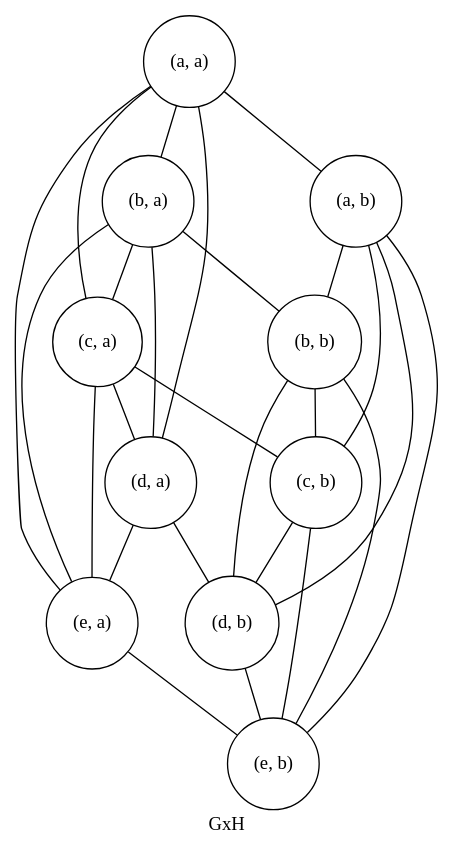
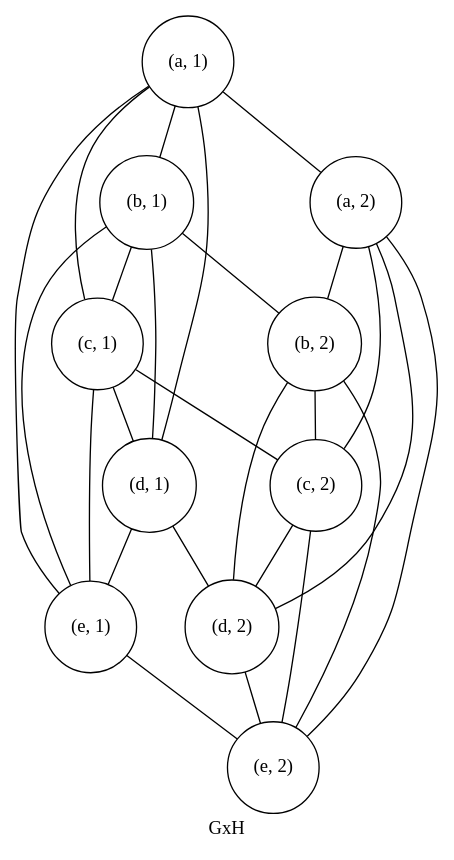
Before and after one commit to h4tguy/gt-hons: the diagram in tut1/115/115aGH2.dot, drawn with Graphviz. The commit also changed 15 other files, not shown here.

Commit message:
more consistent graph labelling

```diff
--- a/tut1/115/115aGH2.dot
+++ b/tut1/115/115aGH2.dot
@@ -1,43 +1,43 @@
 graph GH {
     overlap=false
     splines=true
     node [shape=circle]
     label="GxH"
 
     edge [len=4]
-    "(a, a)" -- "(b, a)"
-    "(a, a)" -- "(c, a)"
-    "(a, a)" -- "(d, a)"
-    "(a, a)" -- "(e, a)"
+    "(a, 1)" -- "(b, 1)"
+    "(a, 1)" -- "(c, 1)"
+    "(a, 1)" -- "(d, 1)"
+    "(a, 1)" -- "(e, 1)"
 
-    "(b, a)" -- "(c, a)"
-    "(b, a)" -- "(d, a)"
-    "(b, a)" -- "(e, a)"
+    "(b, 1)" -- "(c, 1)"
+    "(b, 1)" -- "(d, 1)"
+    "(b, 1)" -- "(e, 1)"
 
-    "(c, a)" -- "(d, a)"
-    "(c, a)" -- "(e, a)"
+    "(c, 1)" -- "(d, 1)"
+    "(c, 1)" -- "(e, 1)"
 
-    "(d, a)" -- "(e, a)"
+    "(d, 1)" -- "(e, 1)"
 
-    "(a, b)" -- "(b, b)"
-    "(a, b)" -- "(c, b)"
-    "(a, b)" -- "(d, b)"
-    "(a, b)" -- "(e, b)"
+    "(a, 2)" -- "(b, 2)"
+    "(a, 2)" -- "(c, 2)"
+    "(a, 2)" -- "(d, 2)"
+    "(a, 2)" -- "(e, 2)"
 
-    "(b, b)" -- "(c, b)"
-    "(b, b)" -- "(d, b)"
-    "(b, b)" -- "(e, b)"
+    "(b, 2)" -- "(c, 2)"
+    "(b, 2)" -- "(d, 2)"
+    "(b, 2)" -- "(e, 2)"
 
-    "(c, b)" -- "(d, b)"
-    "(c, b)" -- "(e, b)"
+    "(c, 2)" -- "(d, 2)"
+    "(c, 2)" -- "(e, 2)"
 
-    "(d, b)" -- "(e, b)"
+    "(d, 2)" -- "(e, 2)"
 
     edge [len=1]
     edge [weight=2]
-    "(a, a)" -- "(a, b)"
-    "(b, a)" -- "(b, b)"
-    "(c, a)" -- "(c, b)"
-    "(d, a)" -- "(d, b)"
-    "(e, a)" -- "(e, b)"
+    "(a, 1)" -- "(a, 2)"
+    "(b, 1)" -- "(b, 2)"
+    "(c, 1)" -- "(c, 2)"
+    "(d, 1)" -- "(d, 2)"
+    "(e, 1)" -- "(e, 2)"
 }
```
